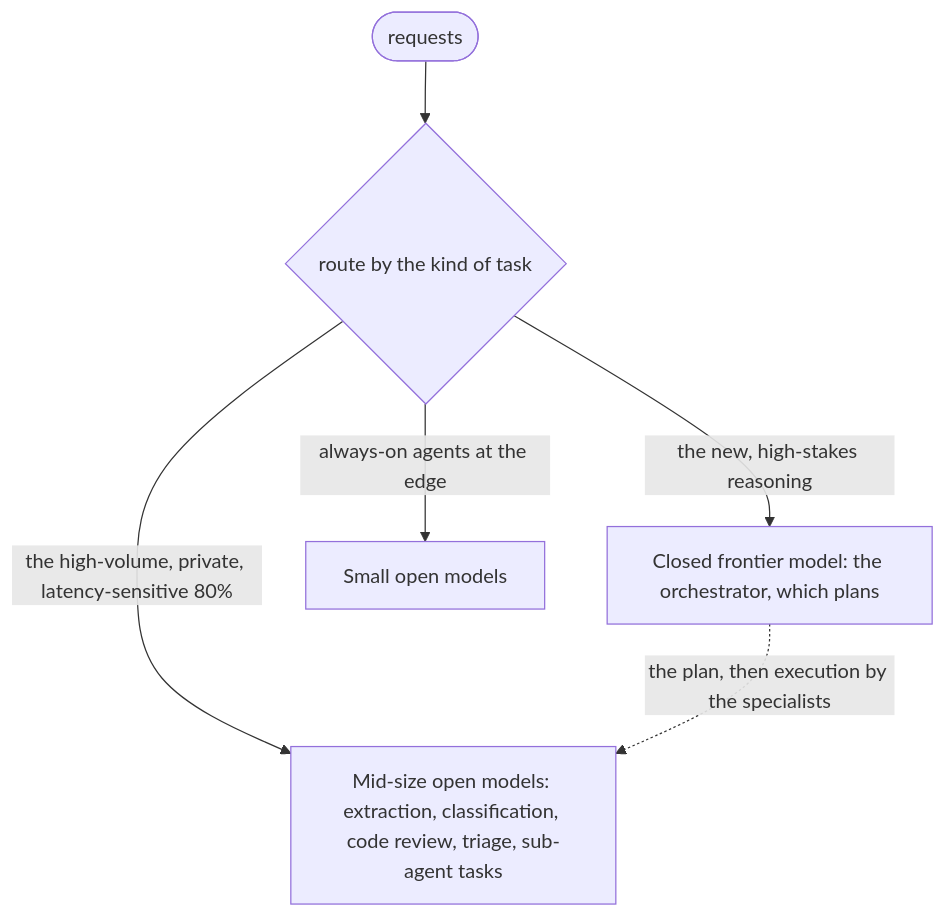
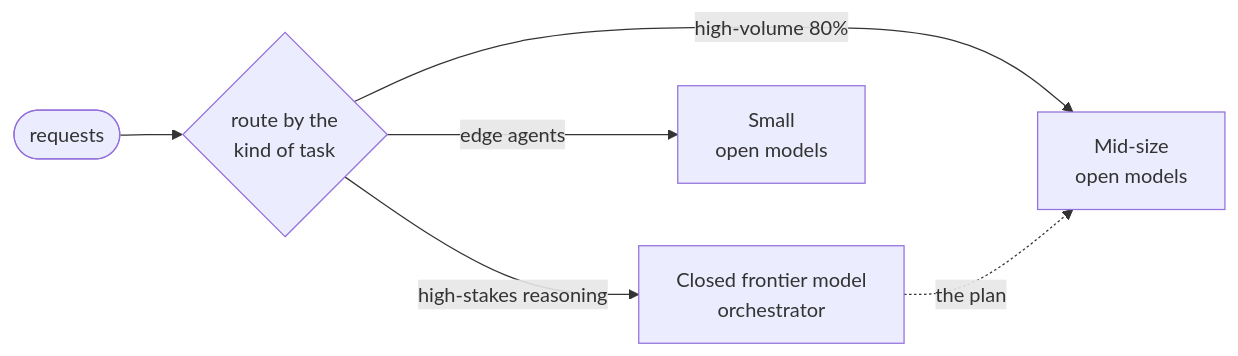
The diagram in 00-foundations/model-landscape/open-weight-llms-primer.md (aniryou/full-stack-agentic-engineer), drawn with Mermaid before and after one commit. The commit also changed 8 other files, not shown here.

````diff
--- a/00-foundations/model-landscape/open-weight-llms-primer.md
+++ b/00-foundations/model-landscape/open-weight-llms-primer.md
@@ -434,8 +434,8 @@
 ```mermaid
-flowchart TB
-  W(["requests"]) --> P{"route by the kind of task"}
-  P -->|"the new, high-stakes reasoning"| C["Closed frontier model: the orchestrator, which plans"]
-  P -->|"the high-volume, private, latency-sensitive 80%"| M["Mid-size open models: extraction, classification, code review, triage, sub-agent tasks"]
-  P -->|"always-on agents at the edge"| S["Small open models"]
-  C -.->|"the plan, then execution by the specialists"| M
+flowchart LR
+  W(["requests"]) --> P{"route by the<br/>kind of task"}
+  P -->|"high-stakes reasoning"| C["Closed frontier model<br/>orchestrator"]
+  P -->|"high-volume 80%"| M["Mid-size<br/>open models"]
+  P -->|"edge agents"| S["Small<br/>open models"]
+  C -.->|"the plan"| M
 ```
````
